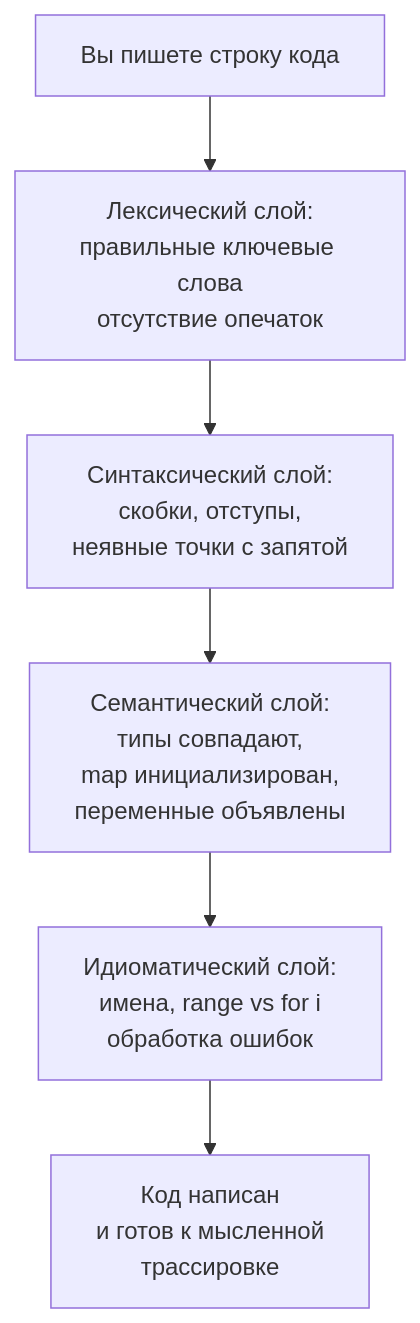
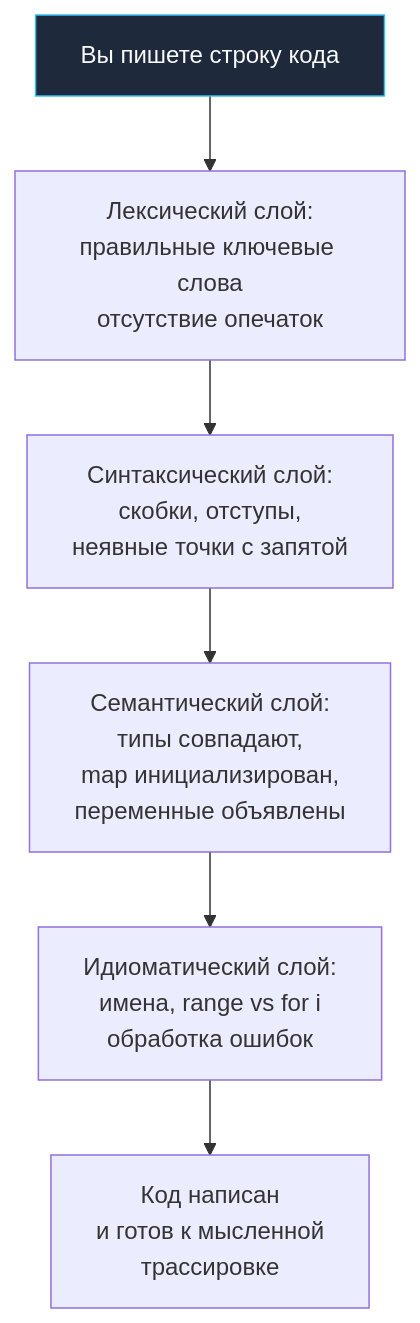
The diagram in sources/21. Задачи с LeetCode и собеседований на Go/01. Теория/24. Как писать код без IDE.md (UnrealTemplier/go-textbook), drawn with Mermaid before and after one commit. The commit also changed 1666 other files, not shown here.

First line of the commit message:
feat(mermaid): add semantic color classDef to 1369 colorless flowchart/graph diagrams

````diff
--- a/sources/21. Задачи с LeetCode и собеседований на Go/01. Теория/24. Как писать код без IDE.md
+++ b/sources/21. Задачи с LeetCode и собеседований на Go/01. Теория/24. Как писать код без IDE.md
@@ -14,8 +14,18 @@
 ```mermaid
 flowchart TD
-    Think["Вы пишете строку кода"] --> L1["Лексический слой:<br>правильные ключевые слова<br>отсутствие опечаток"]
+    classDef process  fill:#1e293b,stroke:#38bdf8,stroke-width:1px,color:#f8fafc
+    classDef success  fill:#064e3b,stroke:#34d399,stroke-width:1px,color:#f8fafc
+    classDef error    fill:#7f1d1d,stroke:#f87171,stroke-width:1px,color:#f8fafc
+    classDef warning  fill:#78350f,stroke:#fbbf24,stroke-width:1px,color:#f8fafc
+    classDef entry    fill:#1e3a5f,stroke:#38bdf8,stroke-width:2px,color:#f8fafc
+    classDef aux      fill:#334155,stroke:#64748b,stroke-width:1px,color:#f8fafc
+    classDef system   fill:#312e81,stroke:#a78bfa,stroke-width:1px,color:#f8fafc
+    classDef data     fill:#132d29,stroke:#2dd4bf,stroke-width:1px,color:#f8fafc
+    classDef network  fill:#881337,stroke:#fb7185,stroke-width:1px,color:#f8fafc
+    classDef accent   fill:#1e1b4b,stroke:#818cf8,stroke-width:1px,color:#f8fafc
+    Think["Вы пишете строку кода"]:::process --> L1["Лексический слой:<br>правильные ключевые слова<br>отсутствие опечаток"]
     L1 --> L2["Синтаксический слой:<br>скобки, отступы,<br>неявные точки с запятой"]
     L2 --> L3["Семантический слой:<br>типы совпадают,<br>map инициализирован,<br>переменные объявлены"]
     L3 --> L4["Идиоматический слой:<br>имена, range vs for i<br>обработка ошибок"]
     L4 --> Done["Код написан<br>и готов к мысленной<br>трассировке"]
 ```
````
